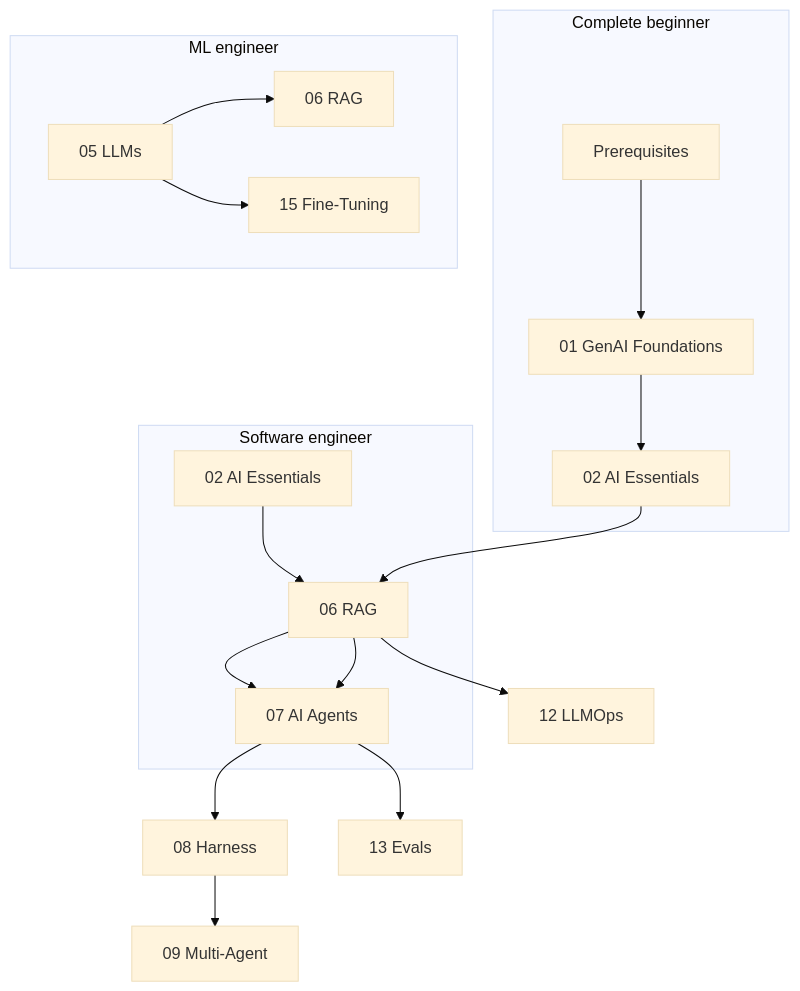
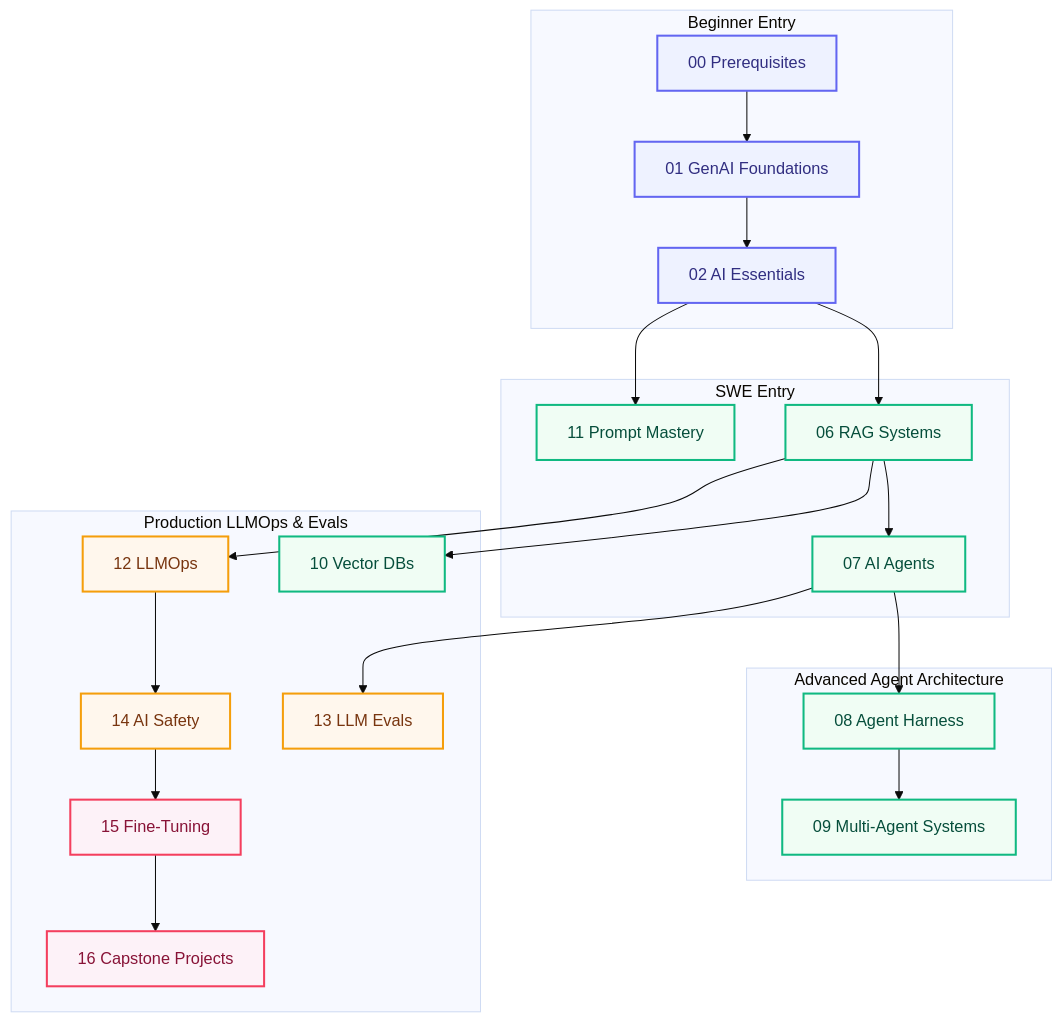
Before and after one commit to psssnikhil/ai-engineering-hub: the diagram in docs/start-here.md, drawn with Mermaid (base theme). The commit also changed other lines of this file and 10 other files, not shown here.

Commit message:
style: enhance UI theme design system and add visual architecture diagrams

````diff
--- a/docs/start-here.md
+++ b/docs/start-here.md
@@ -74,28 +74,32 @@
-    ```mermaid
-    flowchart TB
-      subgraph Beginner["Complete beginner"]
-        P[Prerequisites]
-        C01[01 GenAI Foundations]
-        C02[02 AI Essentials]
-        P --> C01 --> C02
-      end
-      subgraph SWE["Software engineer"]
-        C02b[02 AI Essentials]
-        C06[06 RAG]
-        C07[07 AI Agents]
-        C02b --> C06 --> C07
-      end
-      subgraph ML["ML engineer"]
-        C05[05 LLMs]
-        C06b[06 RAG]
-        C15[15 Fine-Tuning]
-        C05 --> C06b
-        C05 --> C15
-      end
-      C02 --> C06
-      C06 --> C07
-      C07 --> C08[08 Harness]
-      C08 --> C09[09 Multi-Agent]
-      C07 --> C13[13 Evals]
-      C06 --> C12[12 LLMOps]
-    ```
+```mermaid
+flowchart TD
+    classDef foundation fill:#eef2ff,stroke:#6366f1,stroke-width:2px,color:#312e81;
+    classDef build fill:#f0fdf4,stroke:#10b981,stroke-width:2px,color:#064e3b;
+    classDef prod fill:#fff7ed,stroke:#f59e0b,stroke-width:2px,color:#78350f;
+    classDef adv fill:#fdf2f8,stroke:#f43f5e,stroke-width:2px,color:#881337;
+
+    subgraph Beginner["Beginner Entry"]
+        P["00 Prerequisites"]:::foundation --> C01["01 GenAI Foundations"]:::foundation
+        C01 --> C02["02 AI Essentials"]:::foundation
+    end
+
+    subgraph SWE["SWE Entry"]
+        C02 --> C06["06 RAG Systems"]:::build
+        C02 --> C11["11 Prompt Mastery"]:::build
+        C06 --> C07["07 AI Agents"]:::build
+    end
+
+    subgraph AgentProgression["Advanced Agent Architecture"]
+        C07 --> C08["08 Agent Harness"]:::build
+        C08 --> C09["09 Multi-Agent Systems"]:::build
+    end
+
+    subgraph ProductionProgression["Production LLMOps & Evals"]
+        C06 --> C10["10 Vector DBs"]:::build
+        C06 --> C12["12 LLMOps"]:::prod
+        C07 --> C13["13 LLM Evals"]:::prod
+        C12 --> C14["14 AI Safety"]:::prod
+        C14 --> C15["15 Fine-Tuning"]:::adv
+        C15 --> C16["16 Capstone Projects"]:::adv
+    end
+```
````
